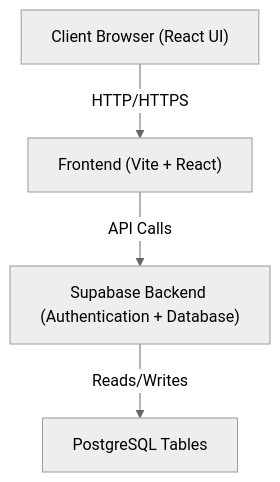
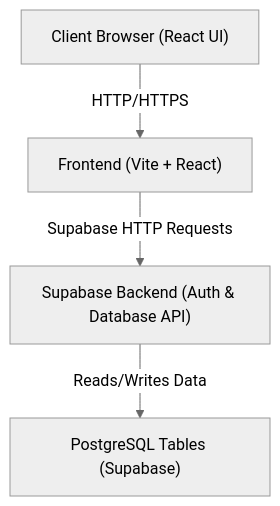
Before and after one commit to Shadow288-ai/test: the first of 3 diagrams in src/docs/Solution_Blueprint.md, drawn with Mermaid (neutral theme). The commit also changed other lines of this file, not shown here.

````diff
--- a/src/docs/Solution_Blueprint.md
+++ b/src/docs/Solution_Blueprint.md
@@ -15,13 +15,11 @@
 ```mermaid
 flowchart TD
     A["Client Browser (React UI)"]
     B["Frontend (Vite + React)"]
-    C["Supabase Backend (Authentication + Database)"]
-    D["PostgreSQL Tables"]
+    C["Supabase Backend (Auth & Database API)"]
+    D["PostgreSQL Tables (Supabase)"]
 
     A -->|HTTP/HTTPS| B
-    B -->|API Calls| C
-    C -->|Reads/Writes| D
-
-
+    B -->|Supabase HTTP Requests| C
+    C -->|Reads/Writes Data| D
 ```
````
